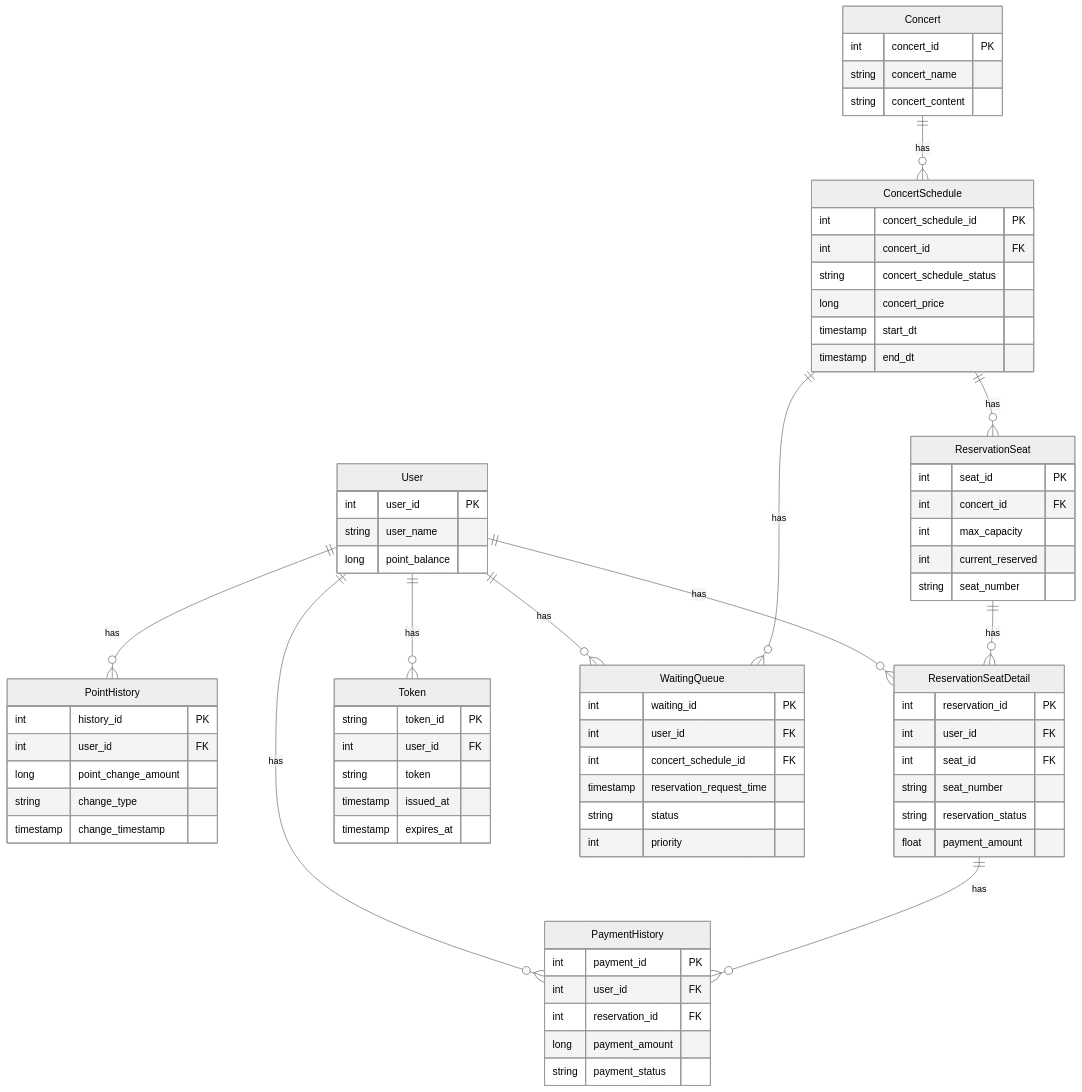
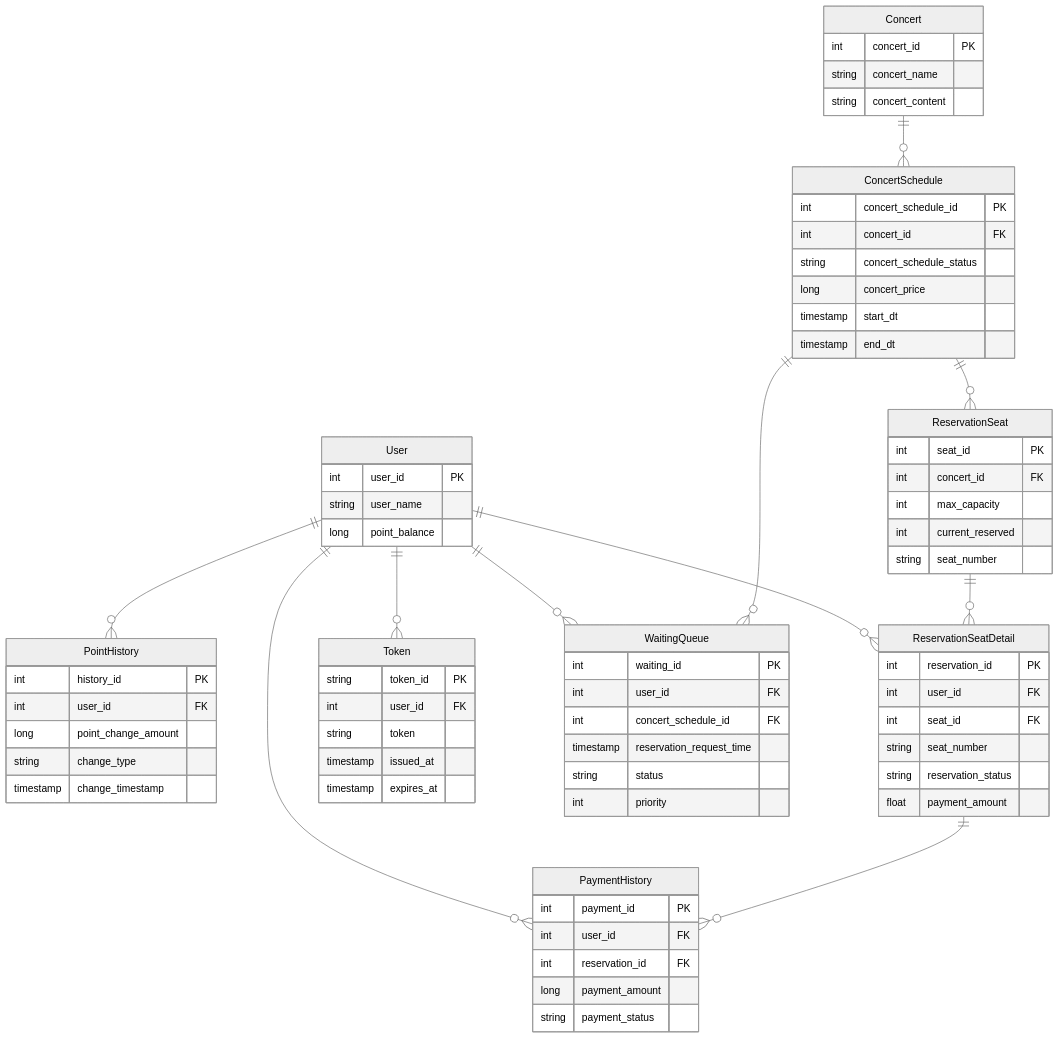
The diagram in docs/ERD.md (Backjinuk/hh3Week), drawn with Mermaid (neutral theme) before and after one commit. The commit also changed 6 other files, not shown here.

````diff
--- a/docs/ERD.md
+++ b/docs/ERD.md
@@ -71,17 +71,17 @@
         int priority
     }
 
-    User ||--o{ PointHistory : "has"
-    User ||--o{ PaymentHistory : "has"
-    User ||--o{ ReservationSeatDetail : "has"
-    User ||--o{ WaitingQueue : "has"
-    User ||--o{ Token : "has"
+    User ||--o{ PointHistory : ""
+    User ||--o{ PaymentHistory : ""
+    User ||--o{ ReservationSeatDetail : ""
+    User ||--o{ WaitingQueue : ""
+    User ||--o{ Token : ""
 
-    Concert ||--o{ ConcertSchedule : "has"
-    ConcertSchedule ||--o{ ReservationSeat : "has"
-    ConcertSchedule ||--o{ WaitingQueue : "has"
+    Concert ||--o{ ConcertSchedule : ""
+    ConcertSchedule ||--o{ ReservationSeat : ""
+    ConcertSchedule ||--o{ WaitingQueue : ""
 
-    ReservationSeat ||--o{ ReservationSeatDetail : "has"
-    ReservationSeatDetail ||--o{ PaymentHistory : "has"
+    ReservationSeat ||--o{ ReservationSeatDetail : ""
+    ReservationSeatDetail ||--o{ PaymentHistory : ""
 
 ```
````
